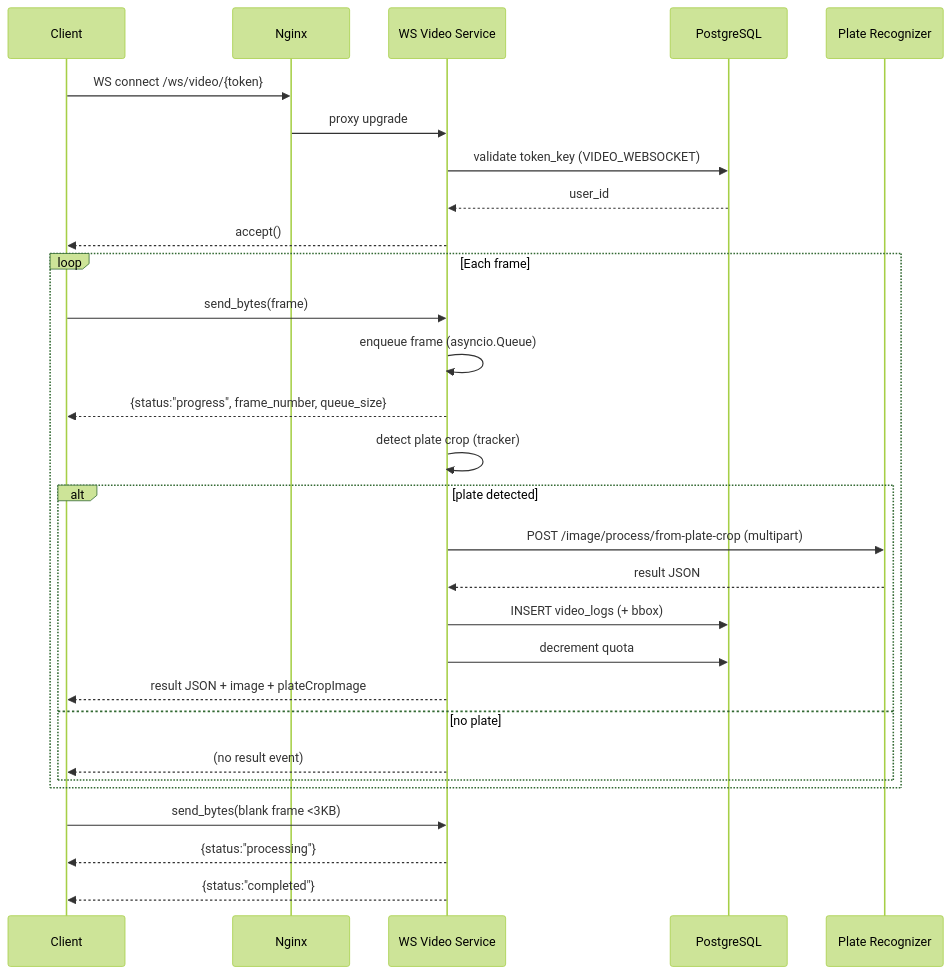
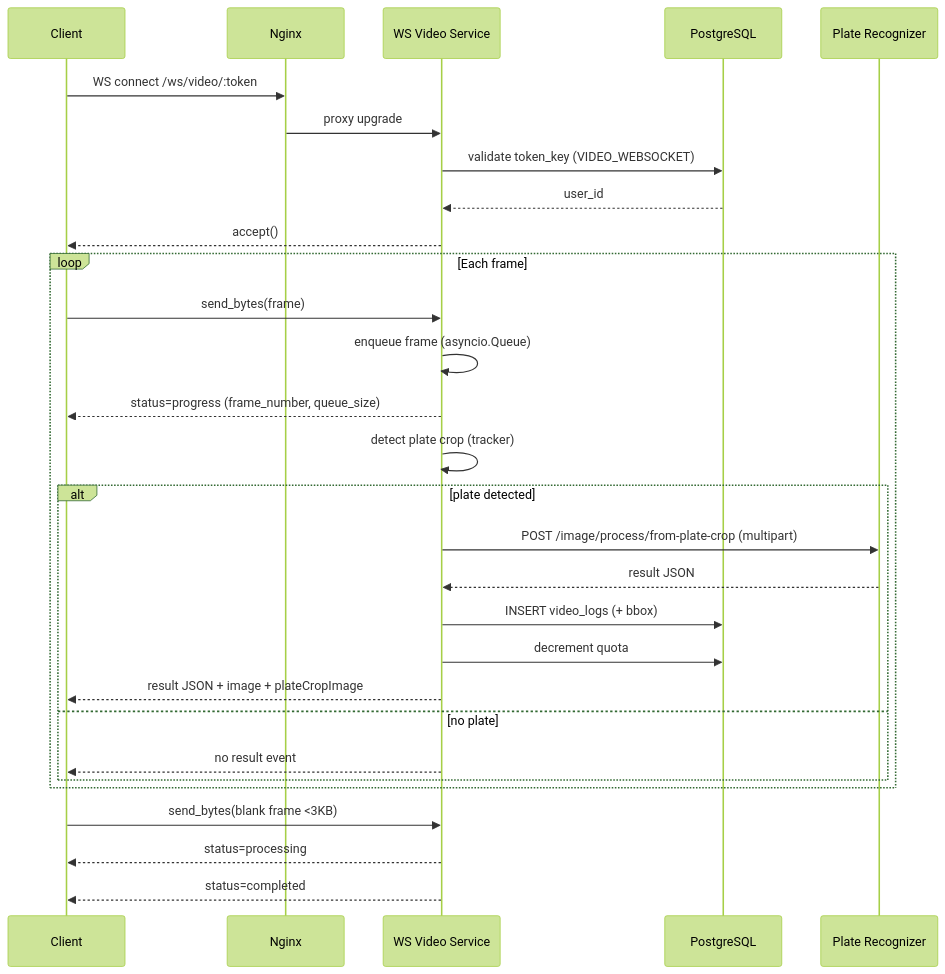
The second of 3 diagrams in CE68-15 Automatic License Plate Recognition Service Version 2 - Developer Manual.md (Tanaphat-Ken/ALPR-V2), drawn with Mermaid (forest theme) before and after one commit. The commit also changed other lines of this file, not shown here.

Commit message:
fix: update WebSocket Video token parameter format and enhance documentation with flowcharts

````diff
--- a/CE68-15 Automatic License Plate Recognition Service Version 2 - Developer Manual.md
+++ b/CE68-15 Automatic License Plate Recognition Service Version 2 - Developer Manual.md
@@ -454,34 +242,34 @@
 ```mermaid
 sequenceDiagram
   participant C as Client
   participant N as Nginx
   participant W as WS Video Service
   participant DB as PostgreSQL
   participant PR as Plate Recognizer
 
-  C->>N: WS connect /ws/video/{token}
+  C->>N: WS connect /ws/video/:token
   N->>W: proxy upgrade
   W->>DB: validate token_key (VIDEO_WEBSOCKET)
   DB-->>W: user_id
   W-->>C: accept()
 
   loop Each frame
     C->>W: send_bytes(frame)
     W->>W: enqueue frame (asyncio.Queue)
-    W-->>C: {status:"progress", frame_number, queue_size}
+    W-->>C: status=progress (frame_number, queue_size)
     W->>W: detect plate crop (tracker)
     alt plate detected
       W->>PR: POST /image/process/from-plate-crop (multipart)
       PR-->>W: result JSON
       W->>DB: INSERT video_logs (+ bbox)
       W->>DB: decrement quota
       W-->>C: result JSON + image + plateCropImage
     else no plate
-      W-->>C: (no result event)
+      W-->>C: no result event
     end
   end
 
   C->>W: send_bytes(blank frame <3KB)
-  W-->>C: {status:"processing"}
-  W-->>C: {status:"completed"}
+  W-->>C: status=processing
+  W-->>C: status=completed
 ```
````
